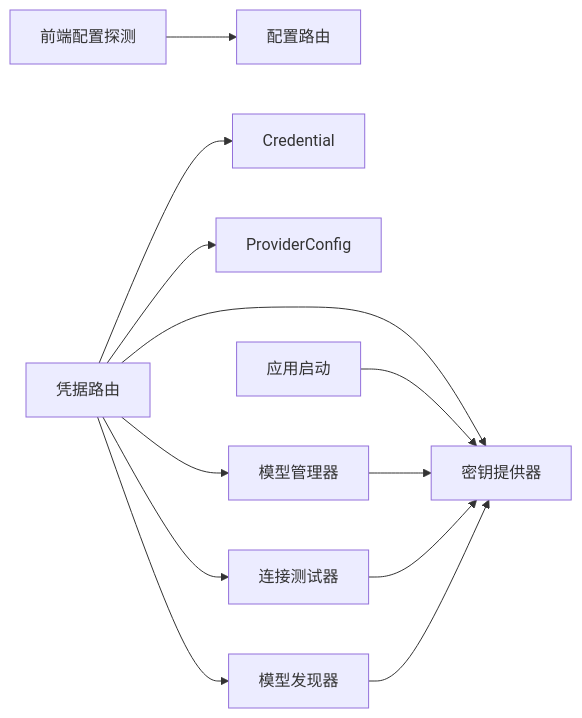
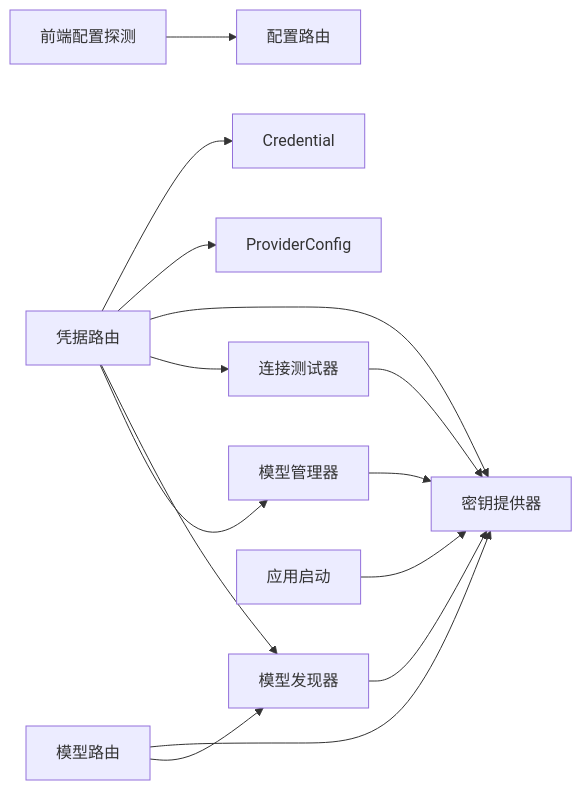
One commit to jackeyunjie/open-notebook changed the eighth of 8 diagrams in .qoder/repowiki/zh/content/配置管理/AI提供商配置/AI提供商配置.md. Above: the diagram before and after it, drawn with Mermaid. The commit also changed other lines of this file and 24 other files, not shown here.

````diff
--- a/.qoder/repowiki/zh/content/配置管理/AI提供商配置/AI提供商配置.md
+++ b/.qoder/repowiki/zh/content/配置管理/AI提供商配置/AI提供商配置.md
@@ -354,14 +368,16 @@
 ```mermaid
 graph LR
 FE["前端配置探测"] --> API_CFG["配置路由"]
 API_CREDS["凭据路由"] --> DOMAIN_CRED["Credential"]
 API_CREDS --> DOMAIN_PROVCFG["ProviderConfig"]
 API_CREDS --> AI_KEY["密钥提供器"]
 API_CREDS --> AI_CONN["连接测试器"]
 API_CREDS --> AI_DISC["模型发现器"]
 API_CREDS --> AI_MGR["模型管理器"]
+API_MODELS["模型路由"] --> AI_KEY
+API_MODELS --> AI_DISC
 API_MAIN["应用启动"] --> AI_KEY
 AI_MGR --> AI_KEY
 AI_CONN --> AI_KEY
 AI_DISC --> AI_KEY
 ```
````
